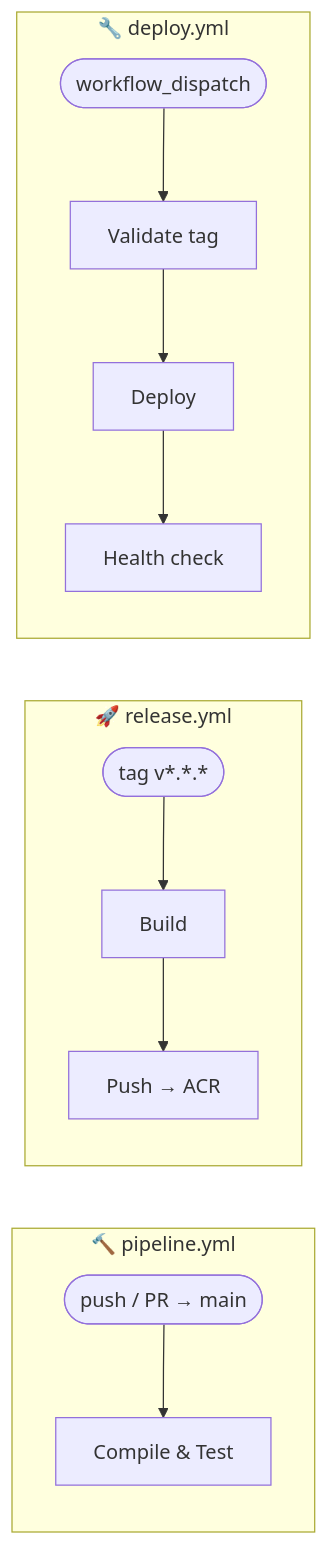
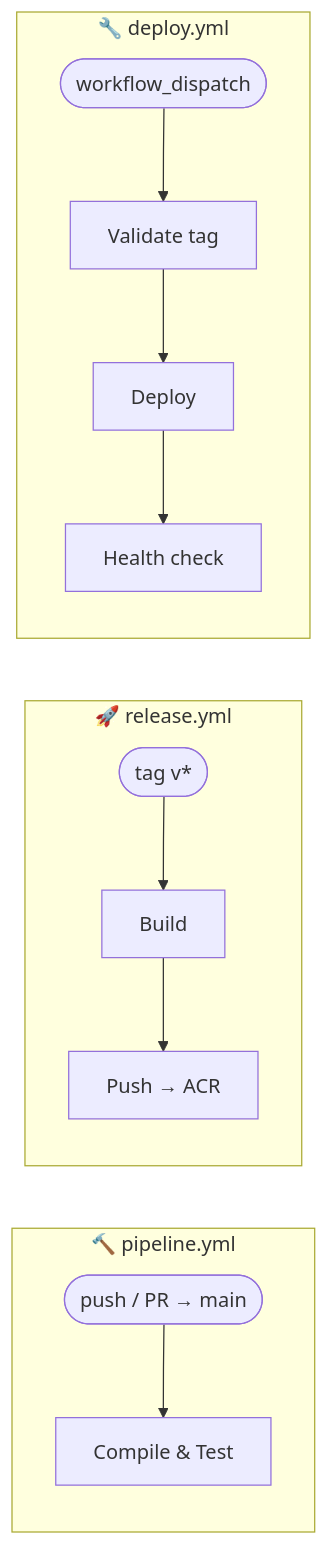
Before and after one commit to arielsrv/flow: the first of 2 diagrams in README.md, drawn with Mermaid. The commit also changed 1 other file, not shown here.

Commit message:
feature/my_change

````diff
--- a/README.md
+++ b/README.md
@@ -9,14 +9,14 @@
 ```mermaid
 flowchart LR
     subgraph ci["🔨 pipeline.yml"]
         A([push / PR → main]) --> B[Compile & Test]
     end
 
     subgraph release["🚀 release.yml"]
-        C([tag v*.*.*]) --> D[Build] --> E[Push → ACR]
+        C([tag v*]) --> D[Build] --> E[Push → ACR]
     end
 
     subgraph deploy["🔧 deploy.yml"]
         F([workflow_dispatch]) --> G[Validate tag] --> H[Deploy] --> I[Health check]
     end
 ```
````
